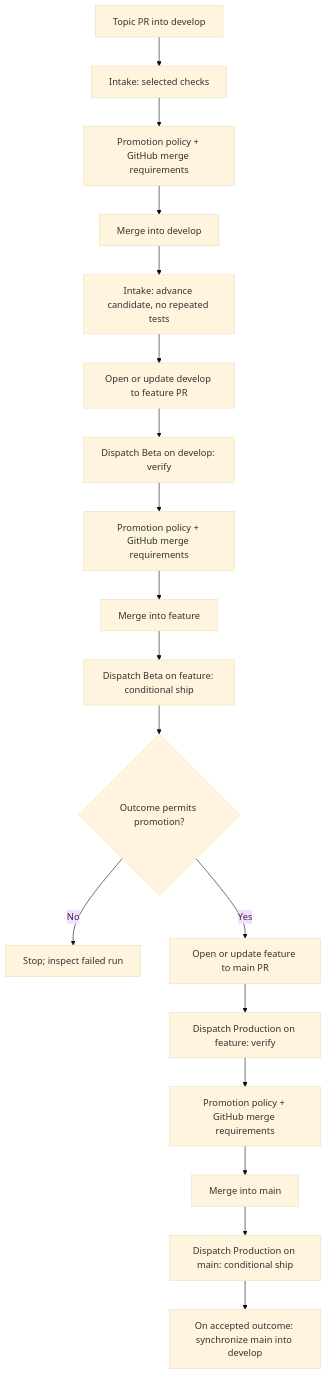
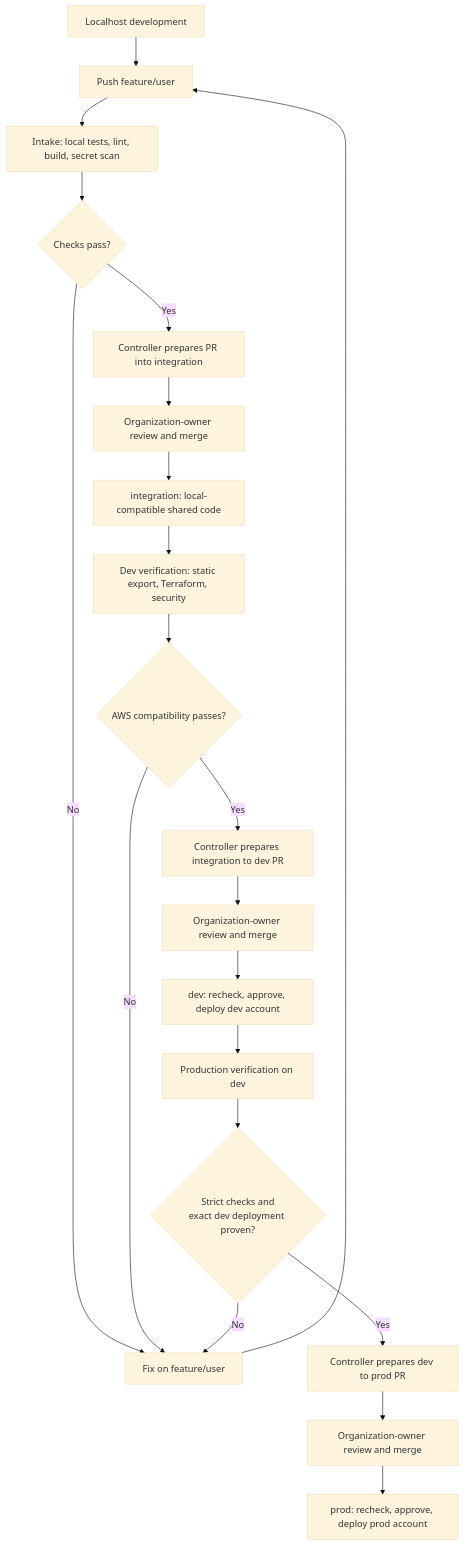
Before and after one commit to Yale-Undergraduate-Consulting-Group/club-res-website: the first of 16 diagrams in docs/CI_CD.md, drawn with Mermaid (base theme). The commit also changed other lines of this file and 40 other files, not shown here.

Commit message:
Redesign contributor stages and document AWS architecture

````diff
--- a/docs/CI_CD.md
+++ b/docs/CI_CD.md
@@ -27,20 +24,23 @@
 ```mermaid
 flowchart TD
-  T["Topic PR into develop"] --> IV["Intake: selected checks"]
-  IV --> IM["Promotion policy + GitHub merge requirements"]
-  IM --> D["Merge into develop"]
-  D --> IP["Intake: advance candidate, no repeated tests"]
-  IP --> BP["Open or update develop to feature PR"]
-  BP --> BV["Dispatch Beta on develop: verify"]
-  BV --> BM["Promotion policy + GitHub merge requirements"]
-  BM --> F["Merge into feature"]
-  F --> BS["Dispatch Beta on feature: conditional ship"]
-  BS --> O{"Outcome permits promotion?"}
-  O -->|No| STOP["Stop; inspect failed run"]
-  O -->|Yes| PP["Open or update feature to main PR"]
-  PP --> PV["Dispatch Production on feature: verify"]
-  PV --> PM["Promotion policy + GitHub merge requirements"]
-  PM --> M["Merge into main"]
-  M --> PS["Dispatch Production on main: conditional ship"]
-  PS --> SY["On accepted outcome: synchronize main into develop"]
+  L["Localhost development"] --> F["Push feature/user"]
+  F --> I["Intake: local tests, lint, build, secret scan"]
+  I --> G{"Checks pass?"}
+  G -->|No| FIX["Fix on feature/user"]
+  FIX --> F
+  G -->|Yes| PR["Controller prepares PR into integration"]
+  PR --> R["Organization-owner review and merge"]
+  R --> INT["integration: local-compatible shared code"]
+  INT --> D["Dev verification: static export, Terraform, security"]
+  D --> DG{"AWS compatibility passes?"}
+  DG -->|No| FIX
+  DG -->|Yes| DP["Controller prepares integration to dev PR"]
+  DP --> DR["Organization-owner review and merge"]
+  DR --> DEV["dev: recheck, approve, deploy dev account"]
+  DEV --> P["Production verification on dev"]
+  P --> PG{"Strict checks and<br/>exact dev deployment proven?"}
+  PG -->|No| FIX
+  PG -->|Yes| PP["Controller prepares dev to prod PR"]
+  PP --> PRV["Organization-owner review and merge"]
+  PRV --> PROD["prod: recheck, approve, deploy prod account"]
 ```
````
